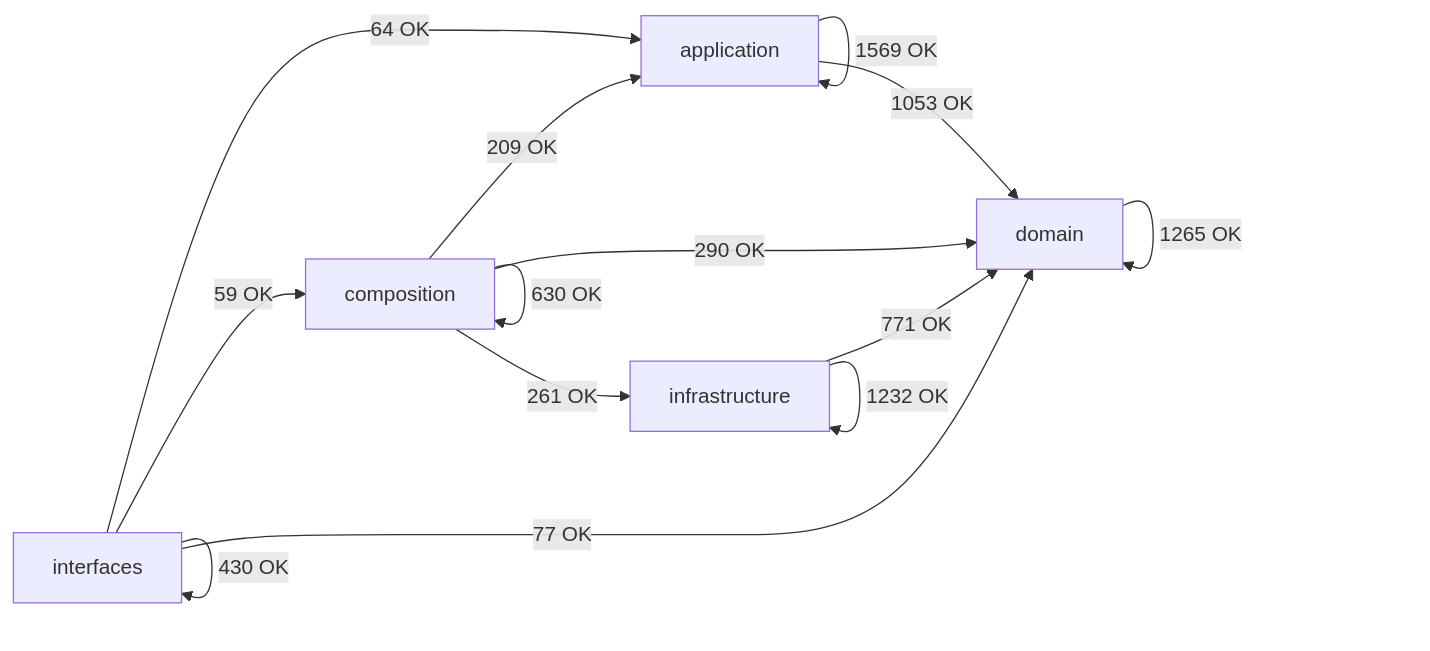
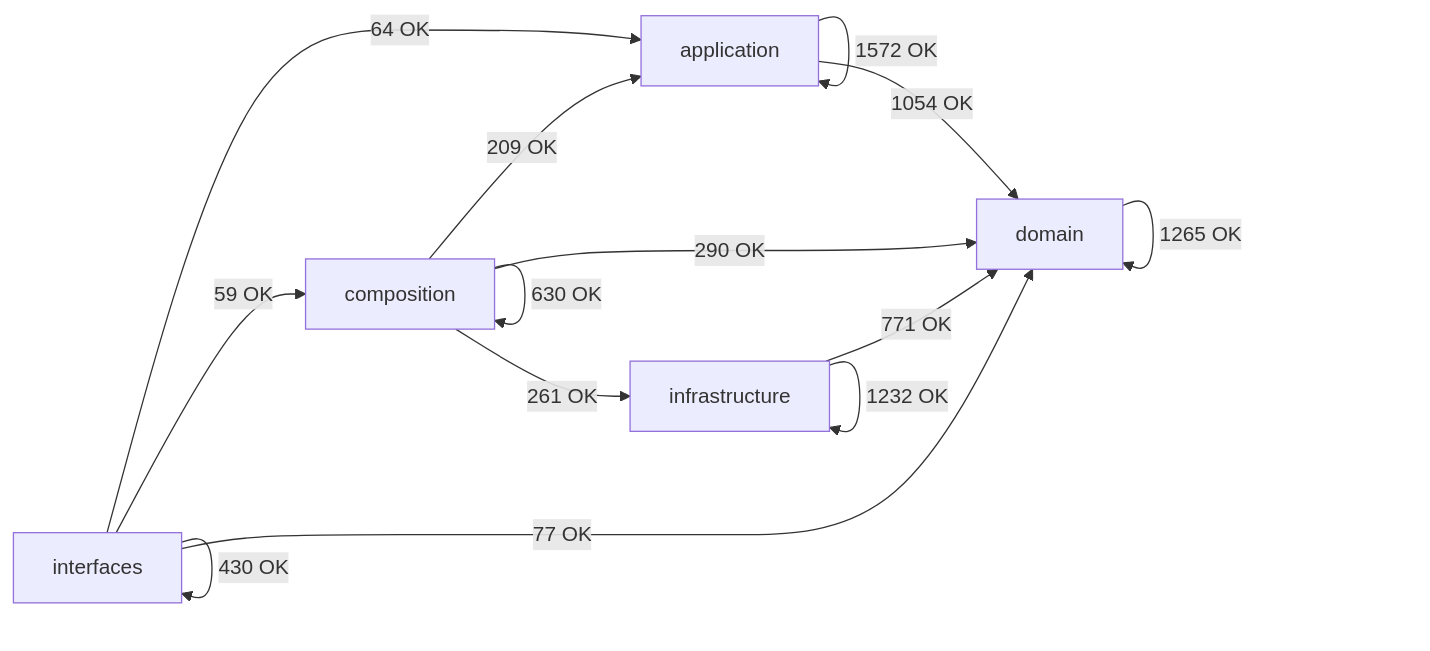
Before and after one commit to SatoryKono/BioactivityDataAcquisition: the diagram in docs/02-architecture/generated/module-dependency-map.md, drawn with Mermaid. The commit also changed other lines of this file and 21 other files, not shown here.

````diff
--- a/docs/02-architecture/generated/module-dependency-map.md
+++ b/docs/02-architecture/generated/module-dependency-map.md
@@ -17,21 +17,21 @@
 ```mermaid
 flowchart LR
     domain[domain]
     application[application]
     infrastructure[infrastructure]
     composition[composition]
     interfaces[interfaces]
-    application -->|1569 OK| application
-    application -->|1053 OK| domain
+    application -->|1572 OK| application
+    application -->|1054 OK| domain
     composition -->|209 OK| application
     composition -->|630 OK| composition
     composition -->|290 OK| domain
     composition -->|261 OK| infrastructure
     domain -->|1265 OK| domain
     infrastructure -->|771 OK| domain
     infrastructure -->|1232 OK| infrastructure
     interfaces -->|64 OK| application
     interfaces -->|59 OK| composition
     interfaces -->|77 OK| domain
     interfaces -->|430 OK| interfaces
 ```
````
